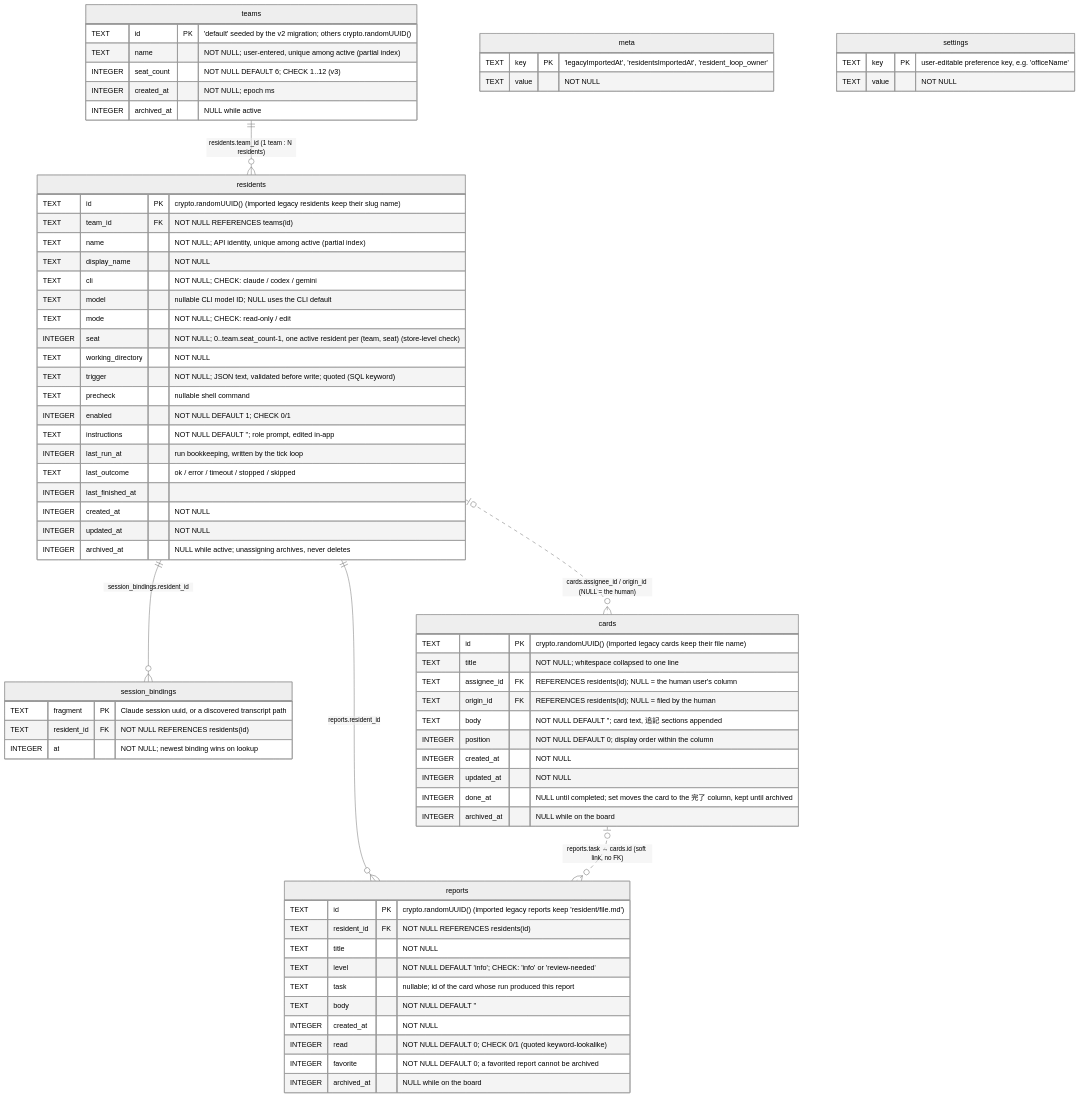
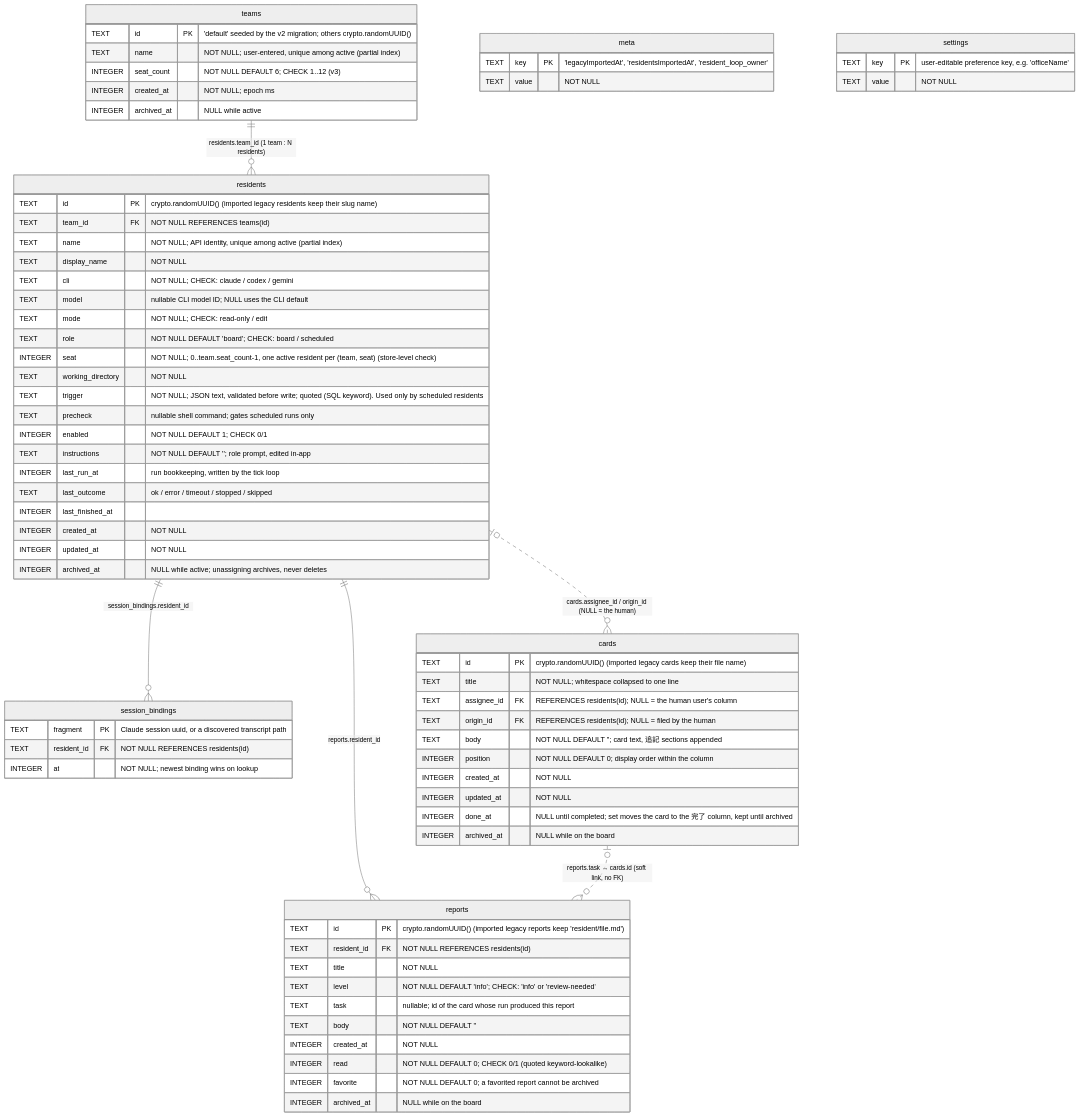
Before and after one commit to raihara3/ai-office: the diagram in docs/database.md, drawn with Mermaid (neutral theme). The commit also changed 8 other files, not shown here.

First line of the commit message:
Split resident roles into board vs scheduled work

````diff
--- a/docs/database.md
+++ b/docs/database.md
@@ -11,80 +11,81 @@
 ```mermaid
 erDiagram
     teams ||--o{ residents : "residents.team_id (1 team : N residents)"
     residents ||--o{ session_bindings : "session_bindings.resident_id"
     residents |o..o{ cards : "cards.assignee_id / origin_id (NULL = the human)"
     residents ||--o{ reports : "reports.resident_id"
     cards |o..o{ reports : "reports.task → cards.id (soft link, no FK)"
 
     teams {
         TEXT    id          PK "'default' seeded by the v2 migration; others crypto.randomUUID()"
         TEXT    name           "NOT NULL; user-entered, unique among active (partial index)"
         INTEGER seat_count     "NOT NULL DEFAULT 6; CHECK 1..12 (v3)"
         INTEGER created_at     "NOT NULL; epoch ms"
         INTEGER archived_at    "NULL while active"
     }
 
     residents {
         TEXT    id                PK "crypto.randomUUID() (imported legacy residents keep their slug name)"
         TEXT    team_id           FK "NOT NULL REFERENCES teams(id)"
         TEXT    name              "NOT NULL; API identity, unique among active (partial index)"
         TEXT    display_name      "NOT NULL"
         TEXT    cli               "NOT NULL; CHECK: claude / codex / gemini"
         TEXT    model             "nullable CLI model ID; NULL uses the CLI default"
         TEXT    mode              "NOT NULL; CHECK: read-only / edit"
+        TEXT    role              "NOT NULL DEFAULT 'board'; CHECK: board / scheduled"
         INTEGER seat              "NOT NULL; 0..team.seat_count-1, one active resident per (team, seat) (store-level check)"
         TEXT    working_directory "NOT NULL"
-        TEXT    trigger           "NOT NULL; JSON text, validated before write; quoted (SQL keyword)"
-        TEXT    precheck          "nullable shell command"
+        TEXT    trigger           "NOT NULL; JSON text, validated before write; quoted (SQL keyword). Used only by scheduled residents"
+        TEXT    precheck          "nullable shell command; gates scheduled runs only"
         INTEGER enabled           "NOT NULL DEFAULT 1; CHECK 0/1"
         TEXT    instructions      "NOT NULL DEFAULT ''; role prompt, edited in-app"
         INTEGER last_run_at       "run bookkeeping, written by the tick loop"
         TEXT    last_outcome      "ok / error / timeout / stopped / skipped"
         INTEGER last_finished_at  ""
         INTEGER created_at        "NOT NULL"
         INTEGER updated_at        "NOT NULL"
         INTEGER archived_at       "NULL while active; unassigning archives, never deletes"
     }
 
     session_bindings {
         TEXT    fragment    PK "Claude session uuid, or a discovered transcript path"
         TEXT    resident_id FK "NOT NULL REFERENCES residents(id)"
         INTEGER at             "NOT NULL; newest binding wins on lookup"
     }
 
     cards {
         TEXT    id          PK "crypto.randomUUID() (imported legacy cards keep their file name)"
         TEXT    title          "NOT NULL; whitespace collapsed to one line"
         TEXT    assignee_id FK "REFERENCES residents(id); NULL = the human user's column"
         TEXT    origin_id   FK "REFERENCES residents(id); NULL = filed by the human"
         TEXT    body           "NOT NULL DEFAULT ''; card text, 追記 sections appended"
         INTEGER position       "NOT NULL DEFAULT 0; display order within the column"
         INTEGER created_at     "NOT NULL"
         INTEGER updated_at     "NOT NULL"
         INTEGER done_at        "NULL until completed; set moves the card to the 完了 column, kept until archived"
         INTEGER archived_at    "NULL while on the board"
     }
 
     reports {
         TEXT    id          PK "crypto.randomUUID() (imported legacy reports keep 'resident/file.md')"
         TEXT    resident_id FK "NOT NULL REFERENCES residents(id)"
         TEXT    title          "NOT NULL"
         TEXT    level          "NOT NULL DEFAULT 'info'; CHECK: 'info' or 'review-needed'"
         TEXT    task           "nullable; id of the card whose run produced this report"
         TEXT    body           "NOT NULL DEFAULT ''"
         INTEGER created_at     "NOT NULL"
         INTEGER read           "NOT NULL DEFAULT 0; CHECK 0/1 (quoted keyword-lookalike)"
         INTEGER favorite       "NOT NULL DEFAULT 0; a favorited report cannot be archived"
         INTEGER archived_at    "NULL while on the board"
     }
 
     meta {
         TEXT key   PK "'legacyImportedAt', 'residentsImportedAt', 'resident_loop_owner'"
         TEXT value    "NOT NULL"
     }
 
     settings {
         TEXT key   PK "user-editable preference key, e.g. 'officeName'"
         TEXT value    "NOT NULL"
     }
 ```
````
